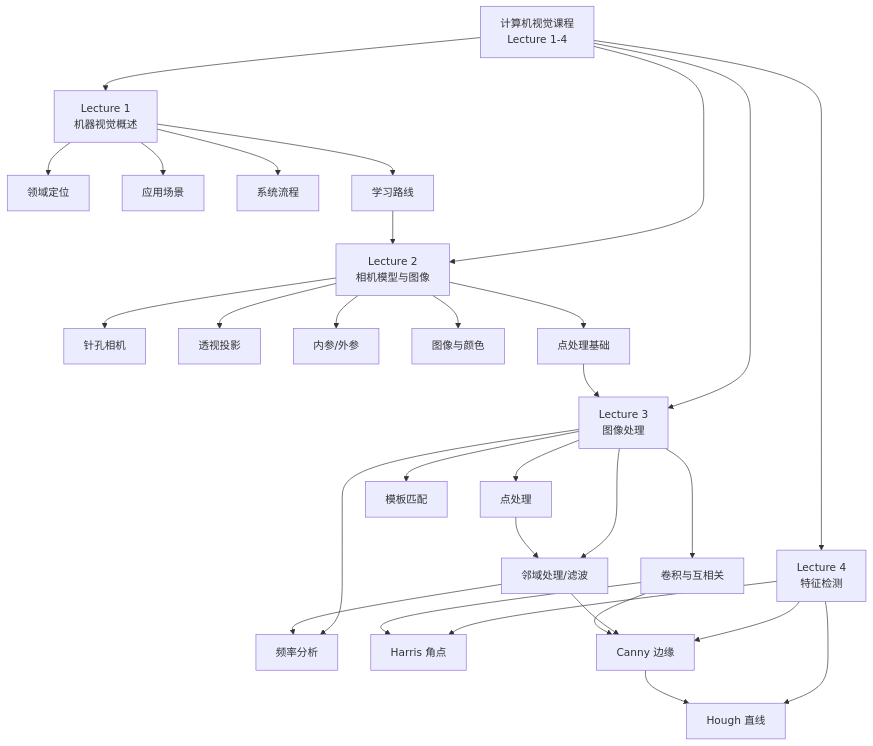
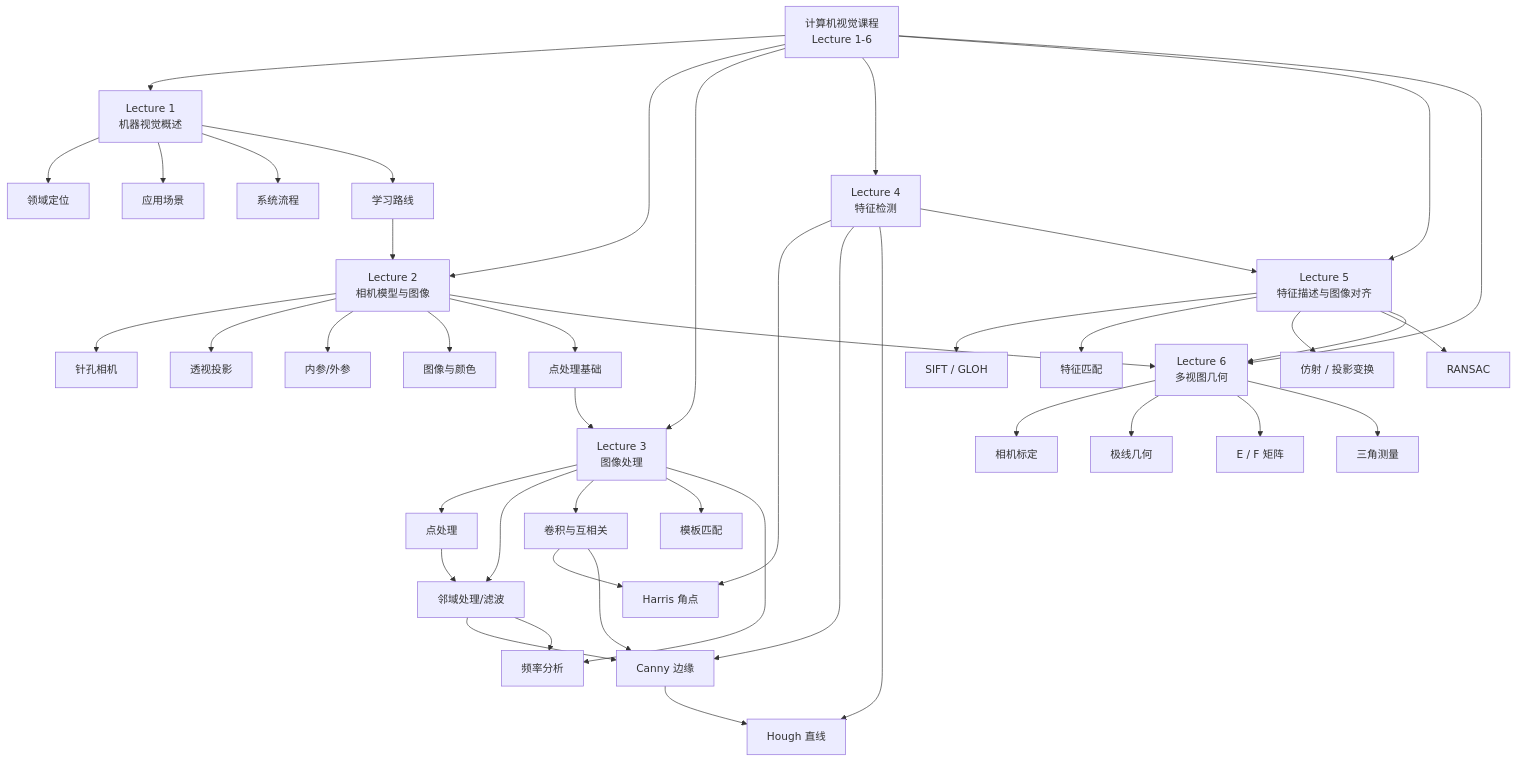
The diagram in 计算机视觉/笔记/计算机视觉课程总思维导图（Lecture 1-4）.md (LiYuXv/computer-vision-notes), drawn with Mermaid before and after one commit. The commit also changed other lines of this file and 6 other files, not shown here.

````diff
--- a/计算机视觉/笔记/计算机视觉课程总思维导图（Lecture 1-4）.md
+++ b/计算机视觉/笔记/计算机视觉课程总思维导图（Lecture 1-4）.md
@@ -35,37 +35,52 @@
 ```mermaid
 graph TD
-    A[计算机视觉课程<br/>Lecture 1-4] --> B[Lecture 1<br/>机器视觉概述]
+    A[计算机视觉课程<br/>Lecture 1-6] --> B[Lecture 1<br/>机器视觉概述]
     A --> C[Lecture 2<br/>相机模型与图像]
     A --> D[Lecture 3<br/>图像处理]
     A --> E[Lecture 4<br/>特征检测]
+    A --> F[Lecture 5<br/>特征描述与图像对齐]
+    A --> G[Lecture 6<br/>多视图几何]
 
     B --> B1[领域定位]
     B --> B2[应用场景]
     B --> B3[系统流程]
     B --> B4[学习路线]
 
     C --> C1[针孔相机]
     C --> C2[透视投影]
     C --> C3[内参/外参]
     C --> C4[图像与颜色]
     C --> C5[点处理基础]
 
     D --> D1[点处理]
     D --> D2[邻域处理/滤波]
     D --> D3[卷积与互相关]
     D --> D4[模板匹配]
     D --> D5[频率分析]
 
     E --> E1[Harris 角点]
     E --> E2[Canny 边缘]
     E --> E3[Hough 直线]
 
+    F --> F1[SIFT / GLOH]
+    F --> F2[特征匹配]
+    F --> F3[仿射 / 投影变换]
+    F --> F4[RANSAC]
+
+    G --> G1[相机标定]
+    G --> G2[极线几何]
+    G --> G3[E / F 矩阵]
+    G --> G4[三角测量]
+
     B4 --> C
     C5 --> D
     D2 --> E2
     D3 --> E1
     D3 --> E2
     D1 --> D2
     D2 --> D5
     E2 --> E3
+    E --> F
+    C --> G
+    F --> G
 ```
````
